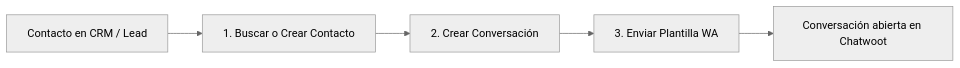
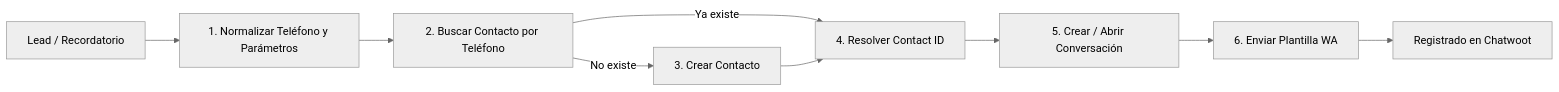
Before and after one commit to santiagowuerich/n8n-automatizaciones: the diagram in docs/chatwoot-whatsapp-templates.md, drawn with Mermaid (neutral theme). The commit also changed other lines of this file and 20 other files, not shown here.

````diff
--- a/docs/chatwoot-whatsapp-templates.md
+++ b/docs/chatwoot-whatsapp-templates.md
@@ -16,7 +18,11 @@
 ```mermaid
 graph LR
-    A[Contacto en CRM / Lead] --> B[1. Buscar o Crear Contacto]
-    B --> C[2. Crear Conversación]
-    C --> D[3. Enviar Plantilla WA]
-    D --> E[Conversación abierta en Chatwoot]
+    A[Lead / Recordatorio] --> B[1. Normalizar Teléfono y Parámetros]
+    B --> C[2. Buscar Contacto por Teléfono]
+    C -->|No existe| D[3. Crear Contacto]
+    C -->|Ya existe| E[4. Resolver Contact ID]
+    D --> E
+    E --> F[5. Crear / Abrir Conversación]
+    F --> G[6. Enviar Plantilla WA]
+    G --> H[Registrado en Chatwoot]
 ```
````
